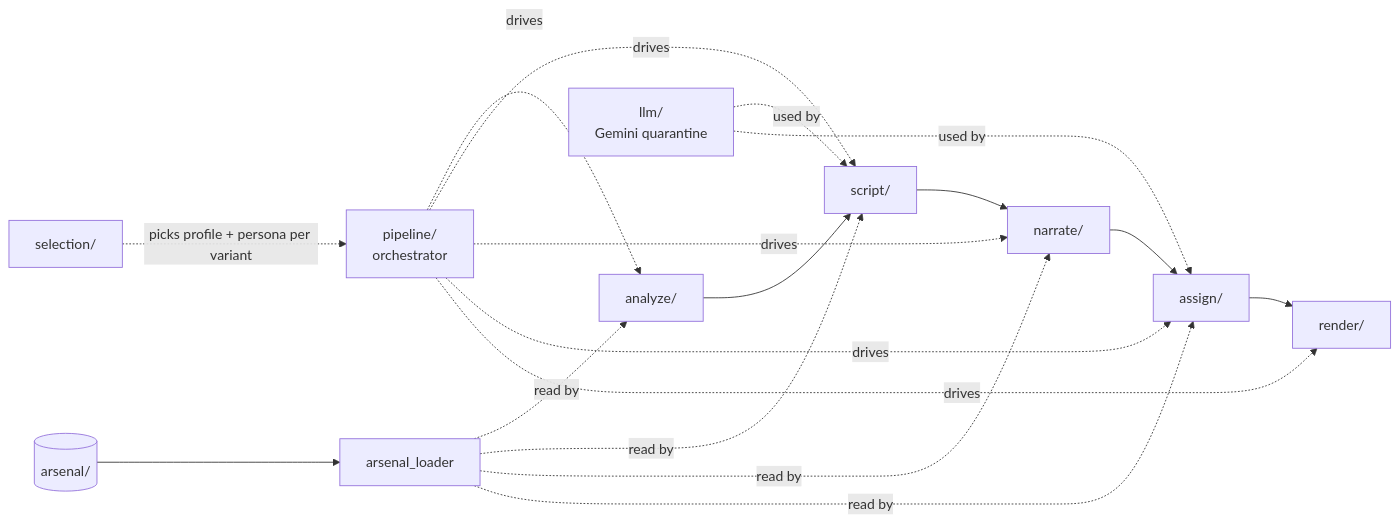
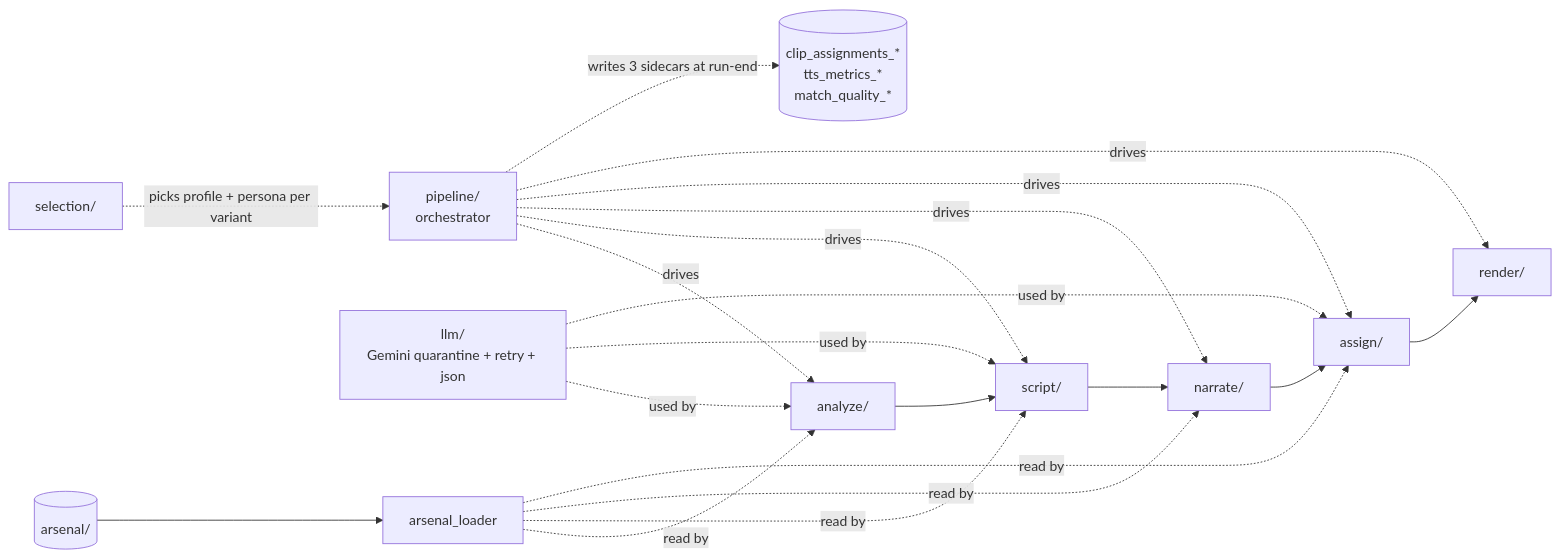
The diagram in promo/core/architecture.md (Leo86868/Promo-Pipeline), drawn with Mermaid before and after one commit. The commit also changed other lines of this file, not shown here.

````diff
--- a/promo/core/architecture.md
+++ b/promo/core/architecture.md
@@ -44,22 +46,24 @@
 ```mermaid
 flowchart LR
     A[analyze/] --> S[script/]
     S --> N[narrate/]
     N --> AS[assign/]
     AS --> R[render/]
 
     P[pipeline/<br/>orchestrator] -. drives .-> A
     P -. drives .-> S
     P -. drives .-> N
     P -. drives .-> AS
     P -. drives .-> R
+    P -. writes 3 sidecars at run-end .-> SC[(clip_assignments_*<br/>tts_metrics_*<br/>match_quality_*)]
 
     SEL[selection/] -. picks profile + persona per variant .-> P
-    LLM[llm/<br/>Gemini quarantine] -. used by .-> S
+    LLM[llm/<br/>Gemini quarantine + retry + json] -. used by .-> A
+    LLM -. used by .-> S
     LLM -. used by .-> AS
     AR[(arsenal/)] --> AL[arsenal_loader]
     AL -. read by .-> A
     AL -. read by .-> S
     AL -. read by .-> N
     AL -. read by .-> AS
 ```
````
